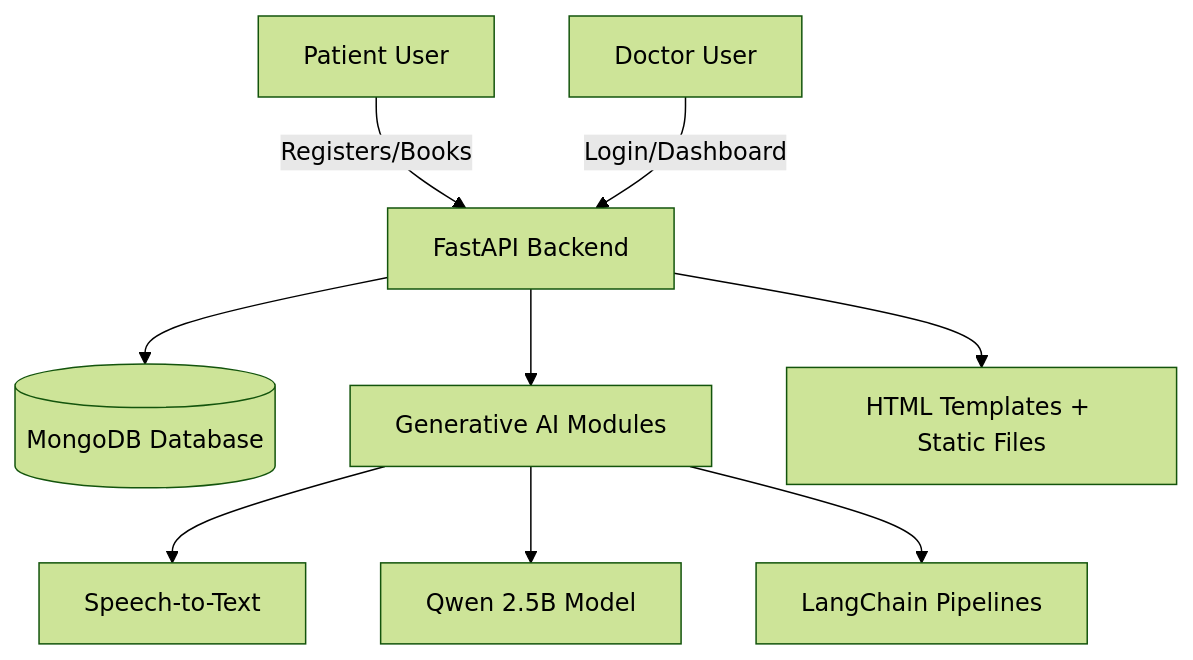
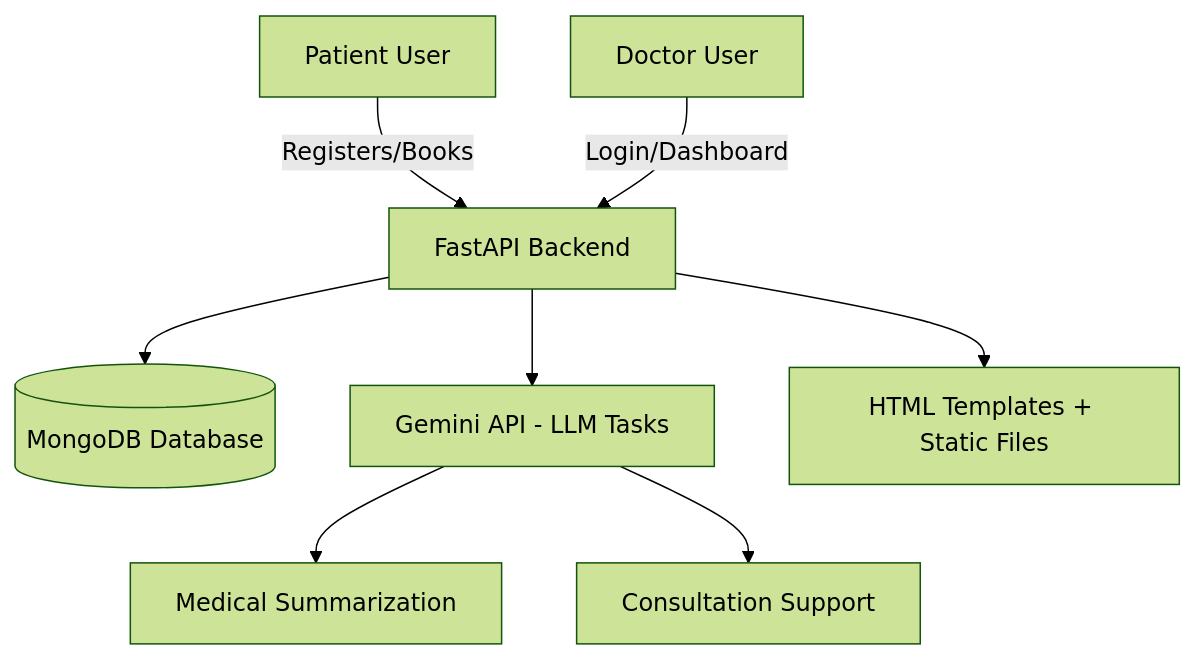
One commit to kushalk47/ArogyaAI changed the diagram in README.md. Above: the diagram before and after it, drawn with Mermaid (forest theme). The commit also changed other lines of this file, not shown here.

````diff
--- a/README.md
+++ b/README.md
@@ -68,11 +82,10 @@
 ```mermaid
 flowchart TD
     Patient[Patient User] -->|Registers/Books| FastAPI[FastAPI Backend]
     Doctor[Doctor User] -->|Login/Dashboard| FastAPI
     FastAPI --> MongoDB[(MongoDB Database)]
-    FastAPI --> GenAI[Generative AI Modules]
-    GenAI --> Whisper[Speech-to-Text]
-    GenAI --> Qwen[Qwen 2.5B Model]
-    GenAI --> LangChain[LangChain Pipelines]
+    FastAPI --> GeminiAPI[Gemini API - LLM Tasks]
+    GeminiAPI --> Summarizer[Medical Summarization]
+    GeminiAPI --> Chatbot[Consultation Support]
     FastAPI --> Templates[HTML Templates + Static Files]
 ```
````
